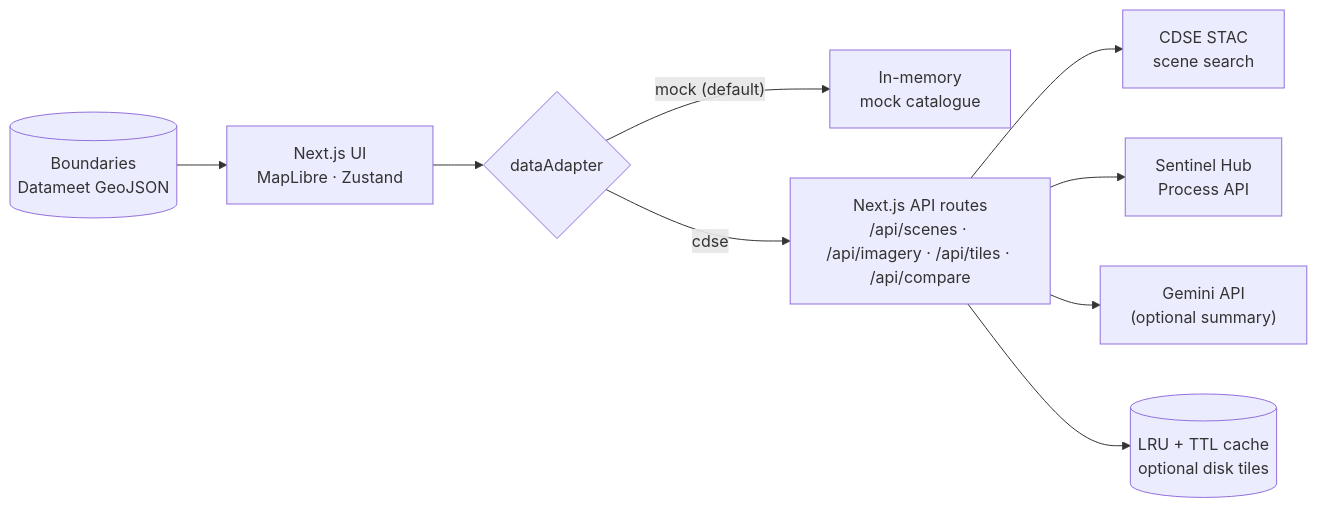
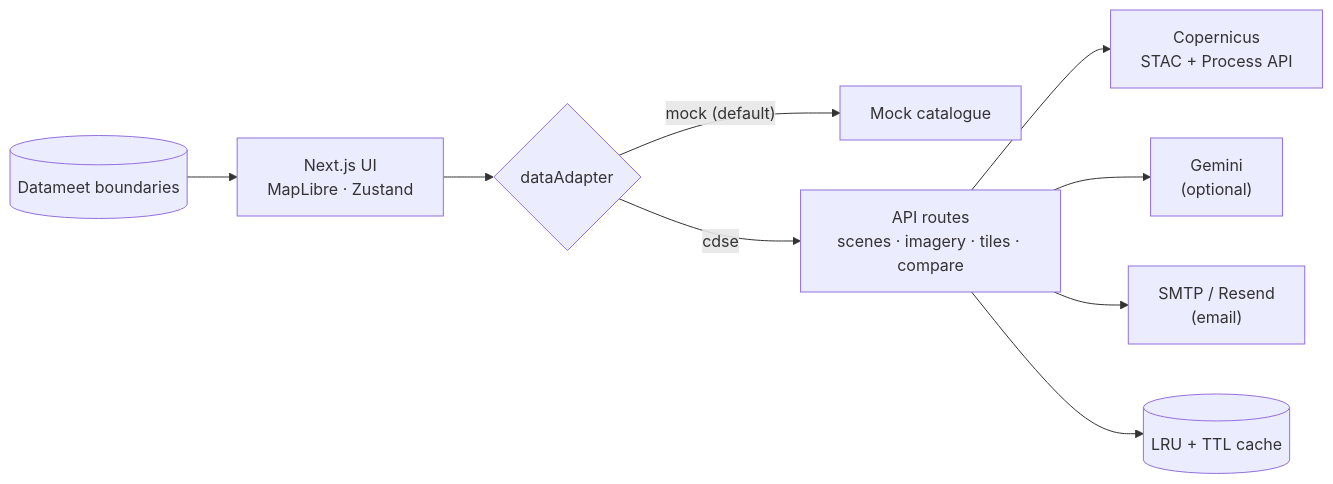
Before and after one commit to Vatxsal/rajasthan_satellite_imagery_analysis: the diagram in README.md, drawn with Mermaid. The commit also changed other lines of this file, not shown here.

````diff
--- a/README.md
+++ b/README.md
@@ -111,11 +70,11 @@
 ```mermaid
 flowchart LR
     UI["Next.js UI<br/>MapLibre · Zustand"] --> AD{"dataAdapter"}
-    AD -->|"mock (default)"| MOCK["In-memory<br/>mock catalogue"]
-    AD -->|"cdse"| API["Next.js API routes<br/>/api/scenes · /api/imagery · /api/tiles · /api/compare"]
-    API --> STAC["CDSE STAC<br/>scene search"]
-    API --> SH["Sentinel Hub<br/>Process API"]
-    API --> GEM["Gemini API<br/>(optional summary)"]
-    API --> CACHE[("LRU + TTL cache<br/>optional disk tiles")]
-    BND[("Boundaries<br/>Datameet GeoJSON")] --> UI
+    AD -->|"mock (default)"| MOCK["Mock catalogue"]
+    AD -->|"cdse"| API["API routes<br/>scenes · imagery · tiles · compare"]
+    API --> SH["Copernicus<br/>STAC + Process API"]
+    API --> GEM["Gemini<br/>(optional)"]
+    API --> SMTP["SMTP / Resend<br/>(email)"]
+    API --> CACHE[("LRU + TTL cache")]
+    BND[("Datameet boundaries")] --> UI
 ```
````
